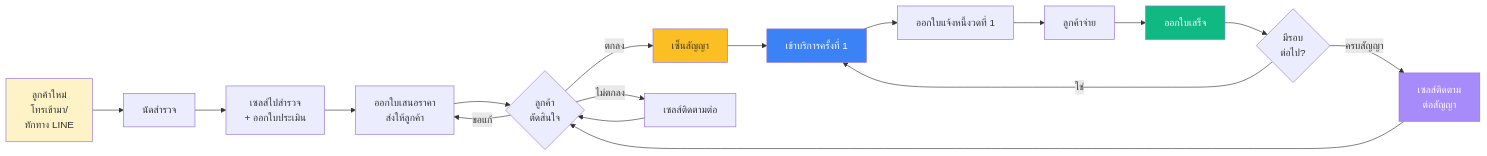
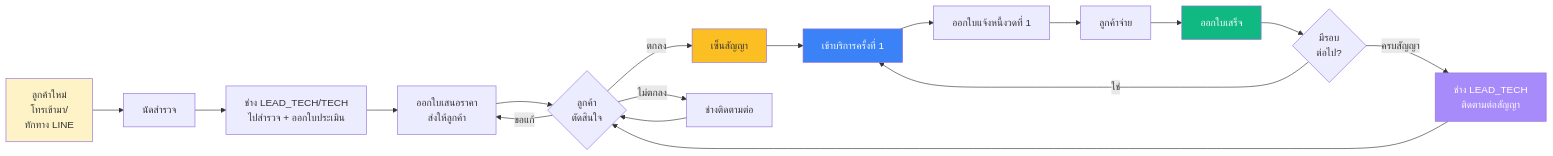
One commit to Rachaiyut/mrgreenpest-admin changed the first of 46 diagrams in public/docs/FLOW.md. Above: the diagram before and after it, drawn with Mermaid. The commit also changed other lines of this file, not shown here.

First line of the commit message:
docs(flow): remove standalone Sales role — handled by LEAD_TECH/TECH

````diff
--- a/public/docs/FLOW.md
+++ b/public/docs/FLOW.md
@@ -85,25 +85,25 @@
 ```mermaid
 flowchart LR
     L1[ลูกค้าใหม่<br/>โทรเข้ามา/<br/>ทักทาง LINE] --> L2[นัดสำรวจ]
-    L2 --> L3[เซลส์ไปสำรวจ<br/>+ ออกใบประเมิน]
+    L2 --> L3[ช่าง LEAD_TECH/TECH<br/>ไปสำรวจ + ออกใบประเมิน]
     L3 --> L4[ออกใบเสนอราคา<br/>ส่งให้ลูกค้า]
     L4 --> L5{ลูกค้า<br/>ตัดสินใจ}
     L5 -->|ตกลง| L6[เซ็นสัญญา]
     L5 -->|ขอแก้| L4
-    L5 -->|ไม่ตกลง| L7[เซลส์ติดตามต่อ]
+    L5 -->|ไม่ตกลง| L7[ช่างติดตามต่อ]
     L7 --> L5
     L6 --> L8[เข้าบริการครั้งที่ 1]
     L8 --> L9[ออกใบแจ้งหนี้งวดที่ 1]
     L9 --> L10[ลูกค้าจ่าย]
     L10 --> L11[ออกใบเสร็จ]
     L11 --> L12{มีรอบ<br/>ต่อไป?}
     L12 -->|ใช่| L8
-    L12 -->|ครบสัญญา| L13[เซลส์ติดตาม<br/>ต่อสัญญา]
+    L12 -->|ครบสัญญา| L13[ช่าง LEAD_TECH<br/>ติดตามต่อสัญญา]
     L13 --> L5
 
     style L1 fill:#fef3c7
     style L6 fill:#fbbf24
     style L8 fill:#3b82f6,color:#fff
     style L11 fill:#10b981,color:#fff
     style L13 fill:#a78bfa,color:#fff
 ```
````
